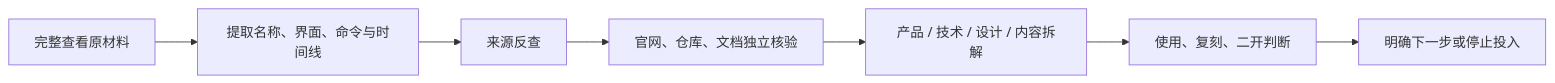
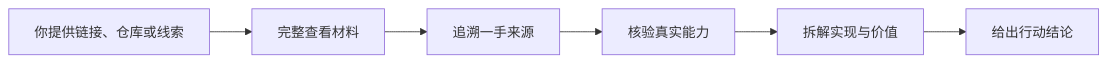
The diagram in README.md (wuxie888/gewu), drawn with Mermaid before and after one commit. The commit also changed other lines of this file and 10 other files, not shown here.

````diff
--- a/README.md
+++ b/README.md
@@ -39,9 +94,8 @@
 ```mermaid
 flowchart LR
-    A["完整查看原材料"] --> B["提取名称、界面、命令与时间线"]
-    B --> C["来源反查"]
-    C --> D["官网、仓库、文档独立核验"]
-    D --> E["产品 / 技术 / 设计 / 内容拆解"]
-    E --> F["使用、复刻、二开判断"]
-    F --> G["明确下一步或停止投入"]
+    A["你提供链接、仓库或线索"] --> B["完整查看材料"]
+    B --> C["追溯一手来源"]
+    C --> D["核验真实能力"]
+    D --> E["拆解实现与价值"]
+    E --> F["给出行动结论"]
 ```
````
